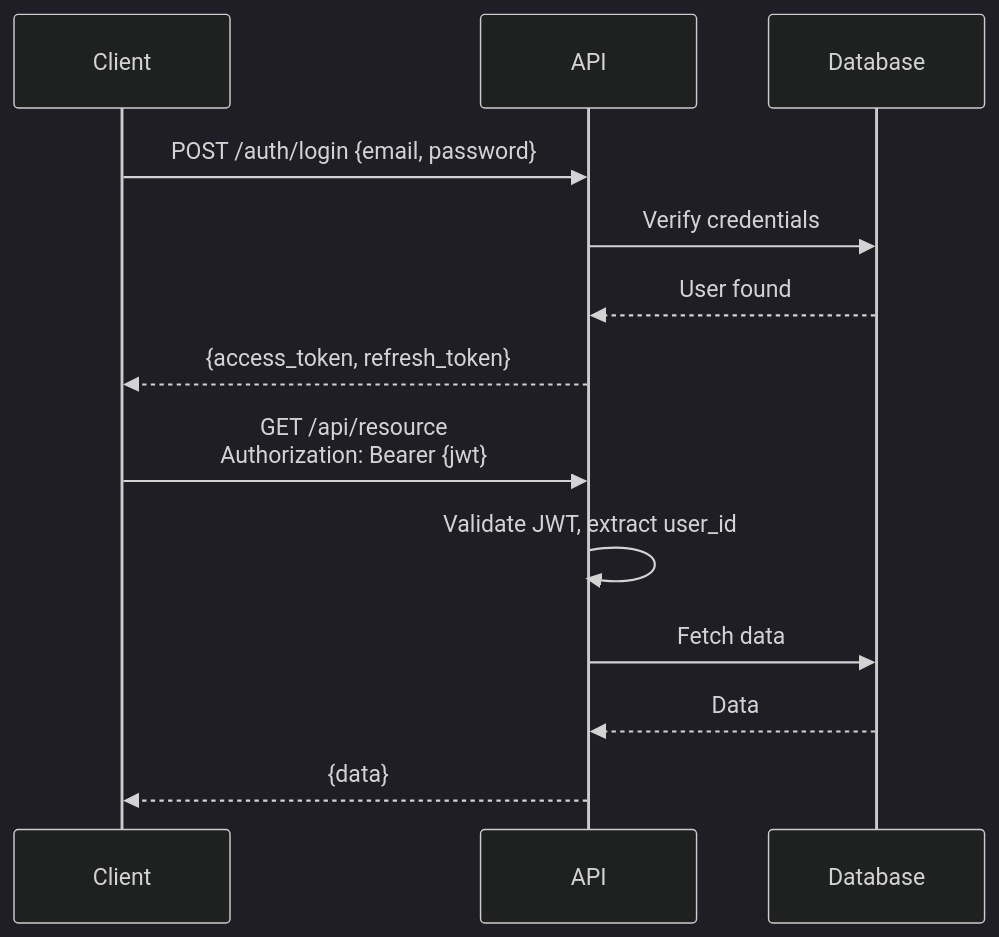
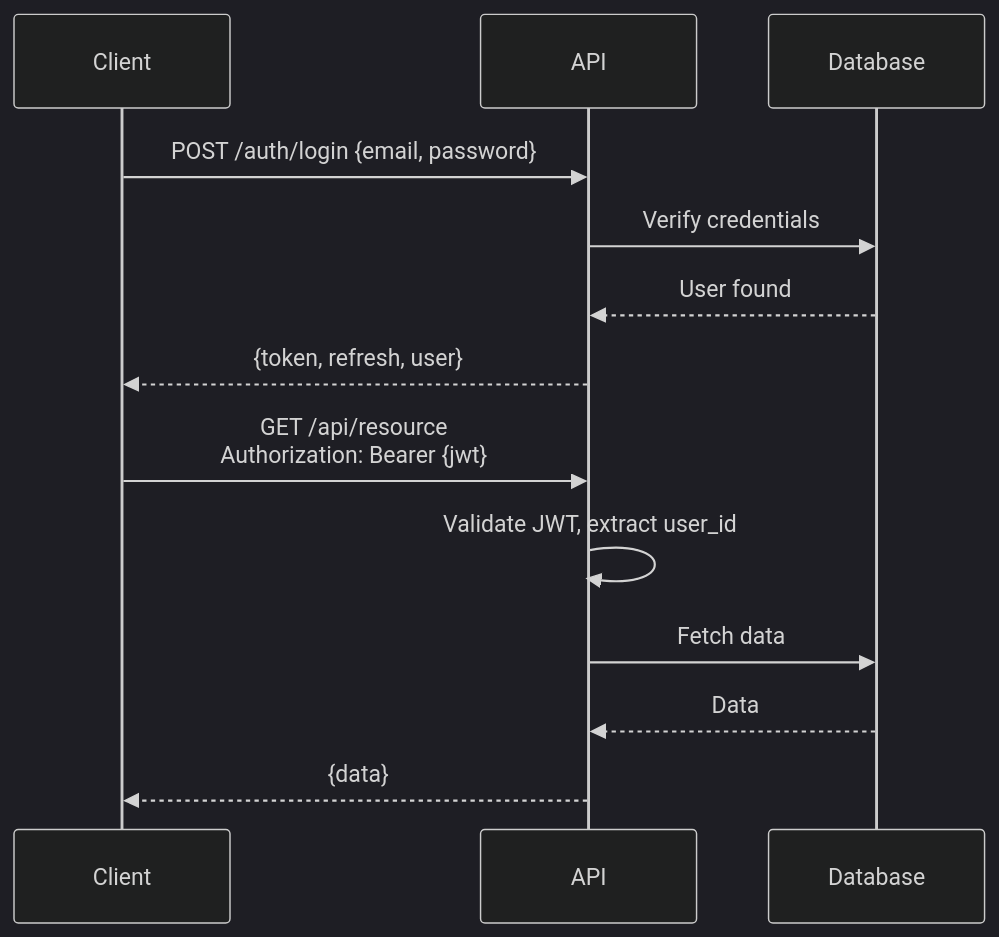
Before and after one commit to mattjaikaran/django-ninja-boilerplate: the eighth of 12 diagrams in docs/ARCHITECTURE.md, drawn with Mermaid (dark theme). The commit also changed other lines of this file and 6 other files, not shown here.

First line of the commit message:
fix(graphql): Make the generated app start

````diff
--- a/docs/ARCHITECTURE.md
+++ b/docs/ARCHITECTURE.md
@@ -398,17 +398,17 @@
 ```mermaid
 sequenceDiagram
     participant C as Client
     participant API as API
     participant DB as Database
 
     C->>API: POST /auth/login {email, password}
     API->>DB: Verify credentials
     DB-->>API: User found
-    API-->>C: {access_token, refresh_token}
+    API-->>C: {token, refresh, user}
 
     C->>API: GET /api/resource<br/>Authorization: Bearer {jwt}
     API->>API: Validate JWT, extract user_id
     API->>DB: Fetch data
     DB-->>API: Data
     API-->>C: {data}
 ```
````
